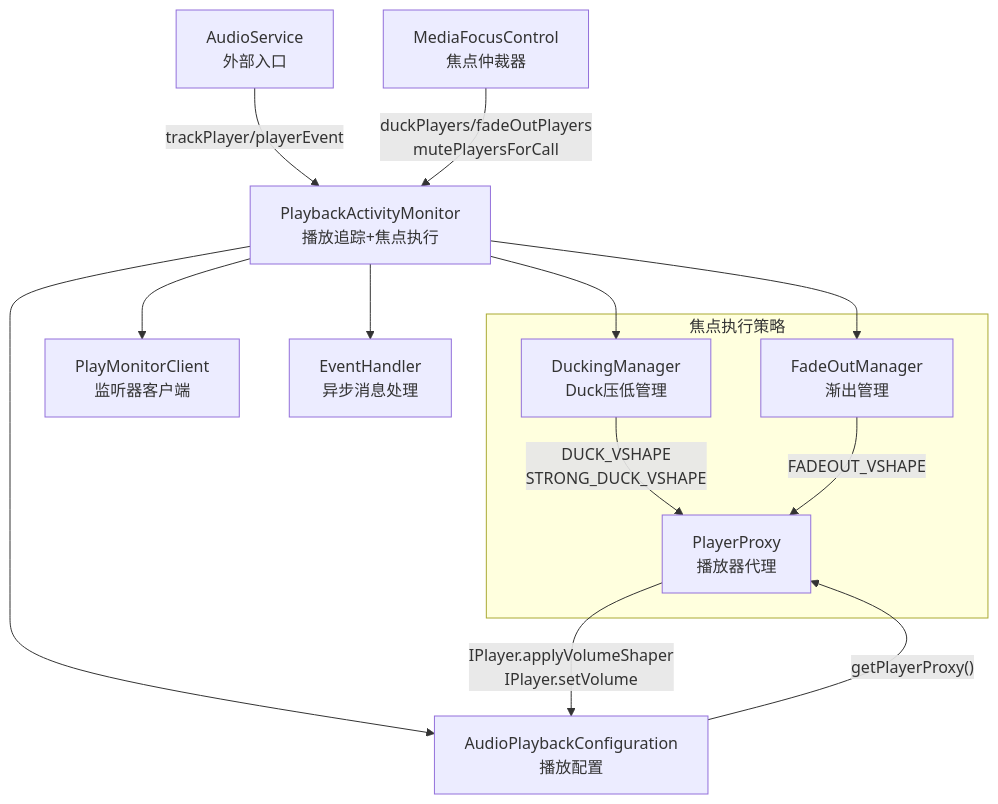
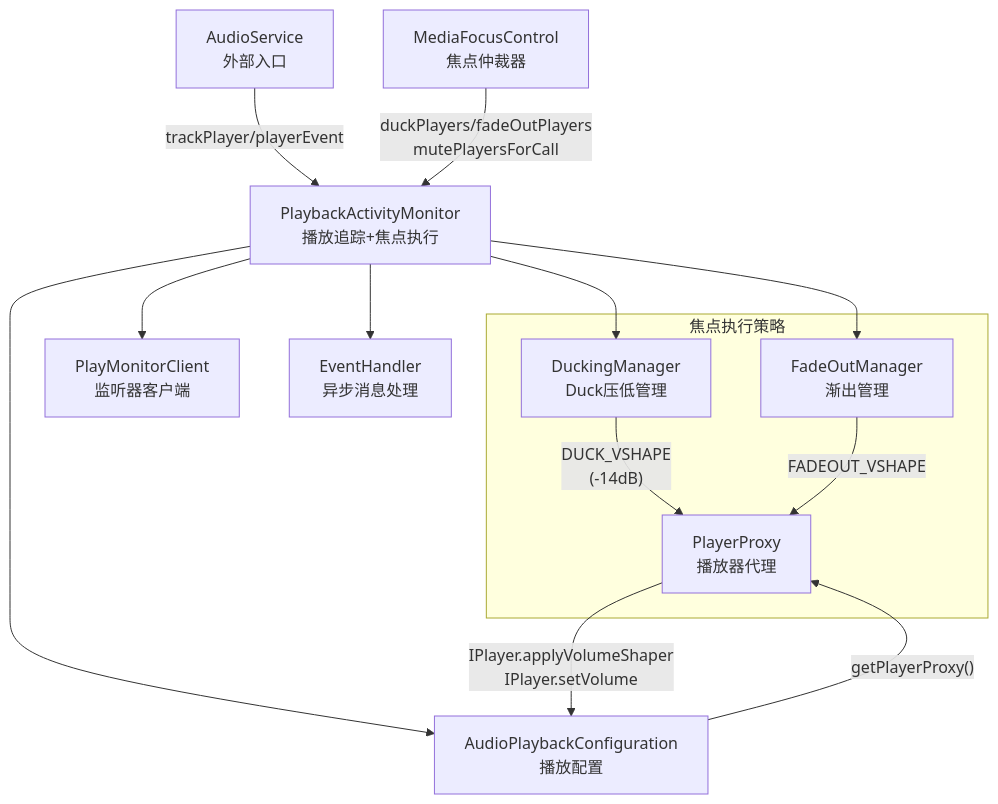
Before and after one commit to yanglinzhen1022/SA8295_AAOS_QNX_Audio_KnowledgeBase: the first of 4 diagrams in 03_Java_Framework_Layer/03_3.6_PlaybackActivityMonitor-播放状态追踪.md, drawn with Mermaid. The commit also changed other lines of this file and 6 other files, not shown here.

````diff
--- a/03_Java_Framework_Layer/03_3.6_PlaybackActivityMonitor-播放状态追踪.md
+++ b/03_Java_Framework_Layer/03_3.6_PlaybackActivityMonitor-播放状态追踪.md
@@ -24,27 +24,27 @@
 ```mermaid
 graph TB
     AS["AudioService<br/>外部入口"]
     PAM["PlaybackActivityMonitor<br/>播放追踪+焦点执行"]
     MFC["MediaFocusControl<br/>焦点仲裁器"]
     DM["DuckingManager<br/>Duck压低管理"]
     FOM["FadeOutManager<br/>渐出管理"]
     PMC["PlayMonitorClient<br/>监听器客户端"]
     APC["AudioPlaybackConfiguration<br/>播放配置"]
     PP["PlayerProxy<br/>播放器代理"]
     EH["EventHandler<br/>异步消息处理"]
 
     AS -->|"trackPlayer/playerEvent"| PAM
     MFC -->|"duckPlayers/fadeOutPlayers<br/>mutePlayersForCall"| PAM
     PAM --> DM
     PAM --> FOM
     PAM --> PMC
     PAM --> APC
     APC -->|"getPlayerProxy()"| PP
     PAM --> EH
     PP -->|"IPlayer.applyVolumeShaper<br/>IPlayer.setVolume"| APC
 
     subgraph "焦点执行策略"
-        DM -->|"DUCK_VSHAPE<br/>STRONG_DUCK_VSHAPE"| PP
+        DM -->|"DUCK_VSHAPE<br/>(-14dB)"| PP
         FOM -->|"FADEOUT_VSHAPE"| PP
     end
 ```
````
